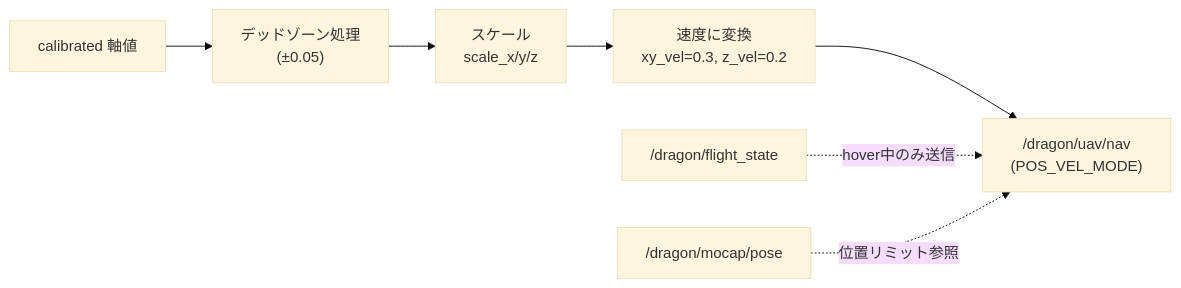
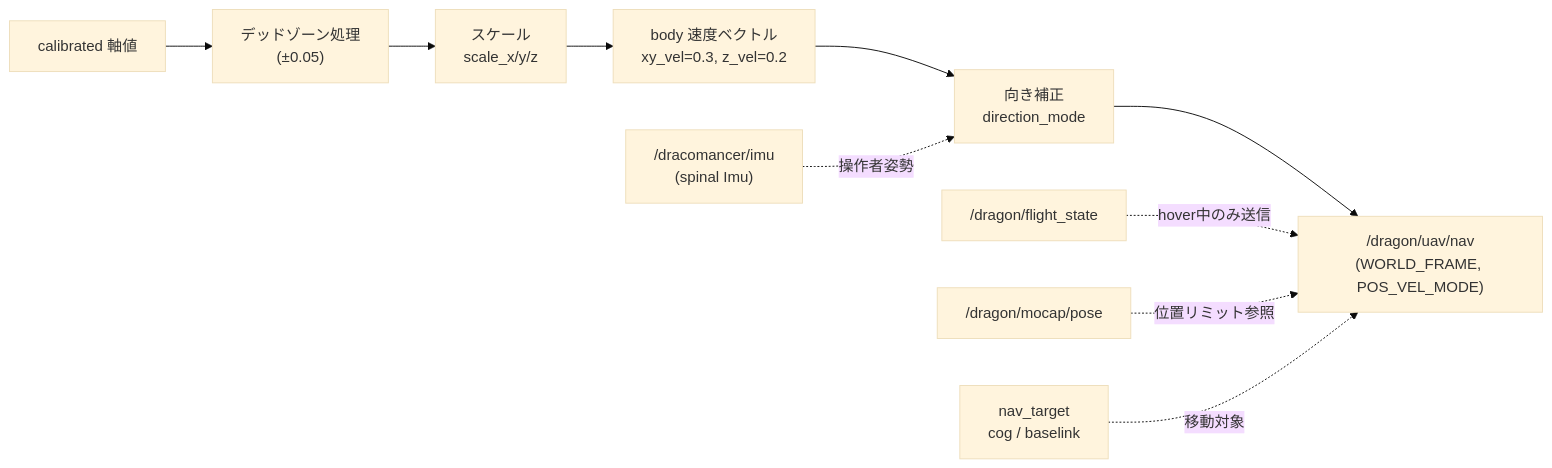
Before and after one commit to Tomoya-Oku/jsk_aerial_robot: the second of 3 diagrams in robots/dracomancer/docs/02_dataflow.md, drawn with Mermaid (base theme). The commit also changed other lines of this file and 8 other files, not shown here.

````diff
--- a/robots/dracomancer/docs/02_dataflow.md
+++ b/robots/dracomancer/docs/02_dataflow.md
@@ -31,10 +32,13 @@
 ```mermaid
 flowchart LR
     JOY["calibrated 軸値"] --> DZ["デッドゾーン処理<br/>(±0.05)"]
     DZ --> SC["スケール<br/>scale_x/y/z"]
-    SC --> VEL["速度に変換<br/>xy_vel=0.3, z_vel=0.2"]
-    VEL --> NAV["/dragon/uav/nav<br/>(POS_VEL_MODE)"]
+    SC --> VEL["body 速度ベクトル<br/>xy_vel=0.3, z_vel=0.2"]
+    VEL --> ROT["向き補正<br/>direction_mode"]
+    IMU["/dracomancer/imu<br/>(spinal Imu)"] -.->|操作者姿勢| ROT
+    ROT --> NAV["/dragon/uav/nav<br/>(WORLD_FRAME, POS_VEL_MODE)"]
 
     STATE["/dragon/flight_state"] -.->|hover中のみ送信| NAV
     POS["/dragon/mocap/pose"] -.->|位置リミット参照| NAV
+    TGT["nav_target<br/>cog / baselink"] -.->|移動対象| NAV
 ```
````
